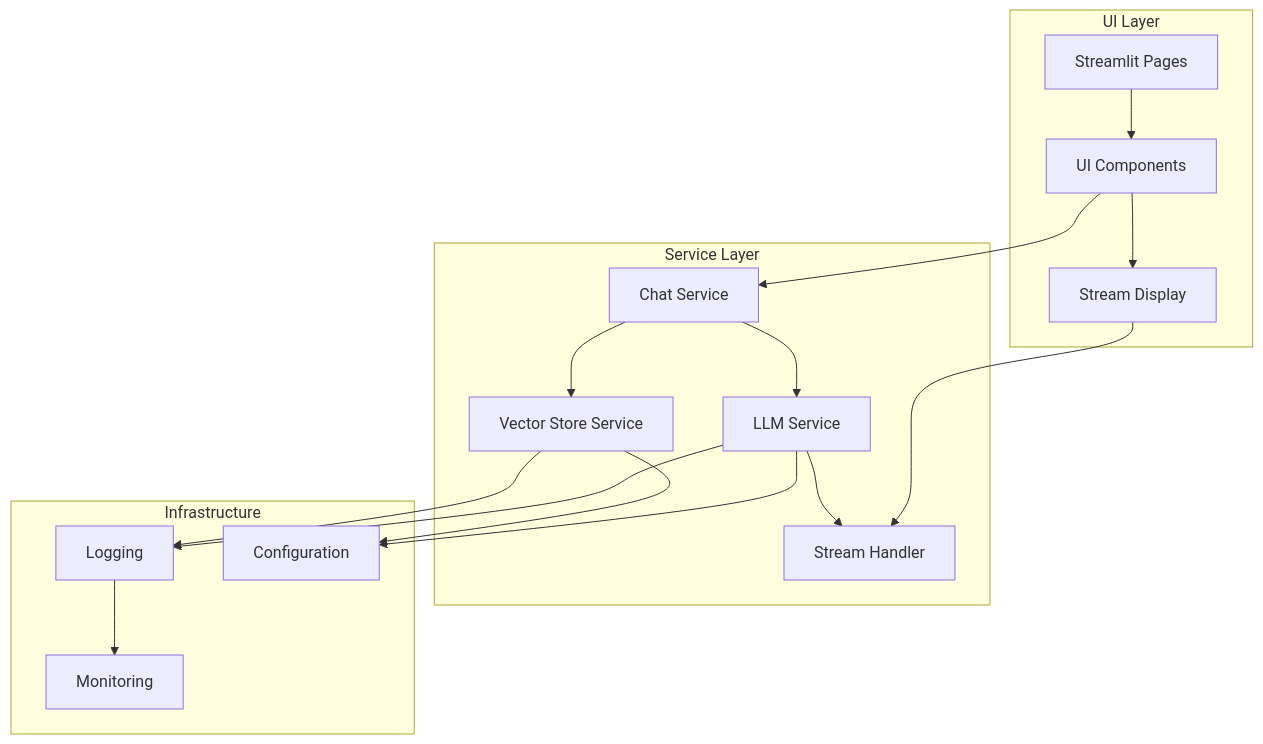
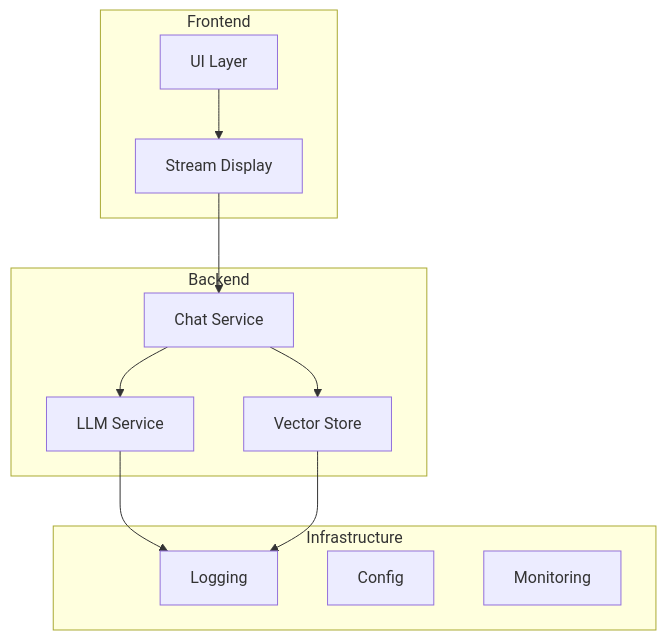
The second of 4 diagrams in memory-bank/systemPatterns.md (laialex501/lorechat-container), drawn with Mermaid before and after one commit. The commit also changed other lines of this file and 11 other files, not shown here.

````diff
--- a/memory-bank/systemPatterns.md
+++ b/memory-bank/systemPatterns.md
@@ -30,34 +22,26 @@
 ```mermaid
 graph TD
-    subgraph UI Layer
-        A[Streamlit Pages]
-        B[UI Components]
-        S[Stream Display]
+    subgraph Frontend
+        A[UI Layer]
+        B[Stream Display]
     end
     
-    subgraph Service Layer
+    subgraph Backend
         C[Chat Service]
         D[LLM Service]
-        E[Vector Store Service]
-        T[Stream Handler]
+        E[Vector Store]
     end
     
     subgraph Infrastructure
         F[Logging]
-        G[Configuration]
+        G[Config]
         H[Monitoring]
     end
     
     A --> B
-    B --> S
-    S --> T
     B --> C
     C --> D
     C --> E
-    D --> T
     D --> F
-    D --> G
     E --> F
-    E --> G
-    F --> H
 ```
````
